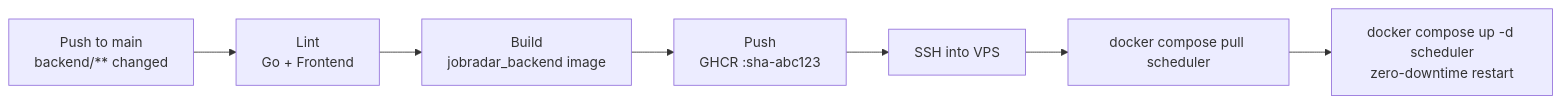
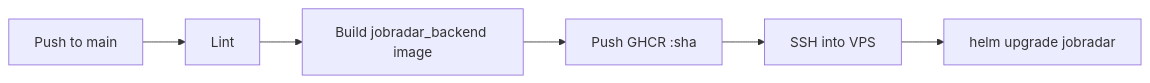
Before and after one commit to trushilpatel/JobRadar: the third of 3 diagrams in docs/ARCHITECTURE.md, drawn with Mermaid. The commit also changed other lines of this file and 31 other files, not shown here.

````diff
--- a/docs/ARCHITECTURE.md
+++ b/docs/ARCHITECTURE.md
@@ -110,9 +108,8 @@
 ```mermaid
 flowchart LR
-  A[Push to main\nbackend/** changed] --> B[Lint\nGo + Frontend]
-  B --> C[Build\njobradar_backend image]
-  C --> D[Push\nGHCR :sha-abc123]
+  A[Push to main] --> B[Lint]
+  B --> C[Build jobradar_backend image]
+  C --> D[Push GHCR :sha]
   D --> E[SSH into VPS]
-  E --> F[docker compose pull scheduler]
-  F --> G[docker compose up -d scheduler\nzero-downtime restart]
+  E --> F[helm upgrade jobradar]
 ```
````
